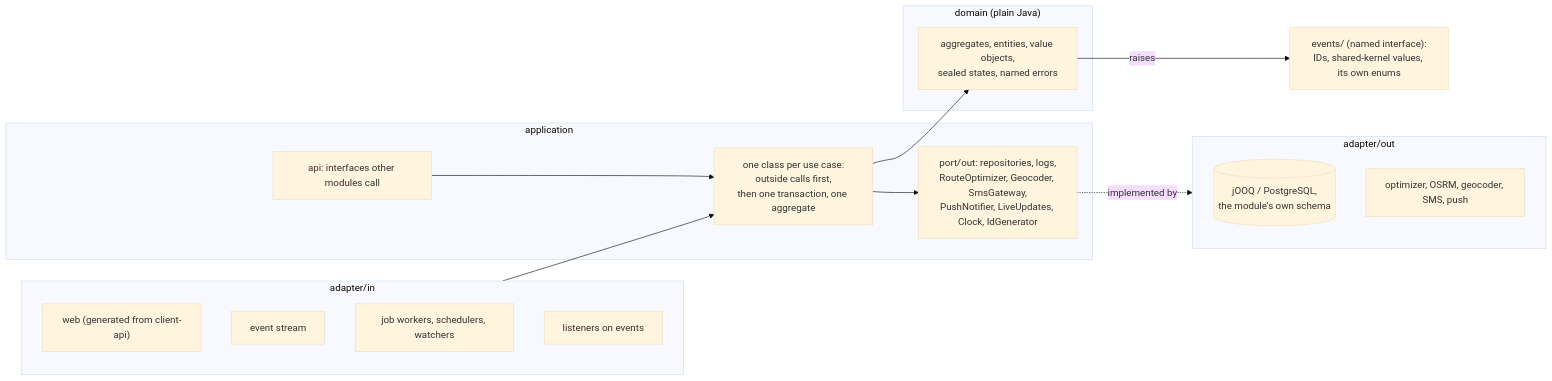
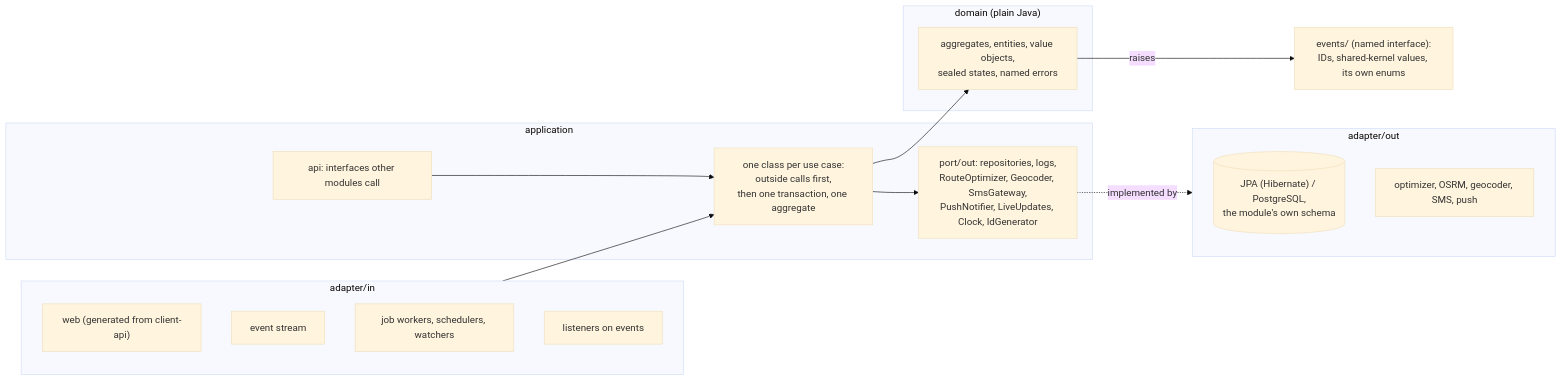
One commit to NaimElijah/DispatchFlow changed the ninth of 10 diagrams in docs/architecture/domain_layer/domain_layer_design.md. Above: the diagram before and after it, drawn with Mermaid (base theme). The commit also changed other lines of this file and 10 other files, not shown here.

First line of the commit message:
docs(adr): accept ADR-126, JPA replaces jOOQ in the core

````diff
--- a/docs/architecture/domain_layer/domain_layer_design.md
+++ b/docs/architecture/domain_layer/domain_layer_design.md
@@ -1481,28 +1501,28 @@
 ```mermaid
 flowchart LR
   subgraph IN["adapter/in"]
     WEB["web (generated from client-api)"]
     SSE["event stream"]
     JOB["job workers, schedulers, watchers"]
     LIS["listeners on events"]
   end
   subgraph APP["application"]
     API["api: interfaces other modules call"]
     SVC["one class per use case:<br/>outside calls first,<br/>then one transaction, one aggregate"]
     POUT["port/out: repositories, logs,<br/>RouteOptimizer, Geocoder, SmsGateway,<br/>PushNotifier, LiveUpdates, Clock, IdGenerator"]
   end
   subgraph DOM["domain (plain Java)"]
     M["aggregates, entities, value objects,<br/>sealed states, named errors"]
   end
   subgraph OUT["adapter/out"]
-    DB[("jOOQ / PostgreSQL,<br/>the module's own schema")]
+    DB[("JPA (Hibernate) / PostgreSQL,<br/>the module's own schema")]
     HTTP["optimizer, OSRM, geocoder, SMS, push"]
   end
   IN --> SVC
   API --> SVC
   SVC --> M
   SVC --> POUT
   EVT["events/ (named interface):<br/>IDs, shared-kernel values, its own enums"]
   M -->|raises| EVT
   POUT -.->|implemented by| OUT
 ```
````
